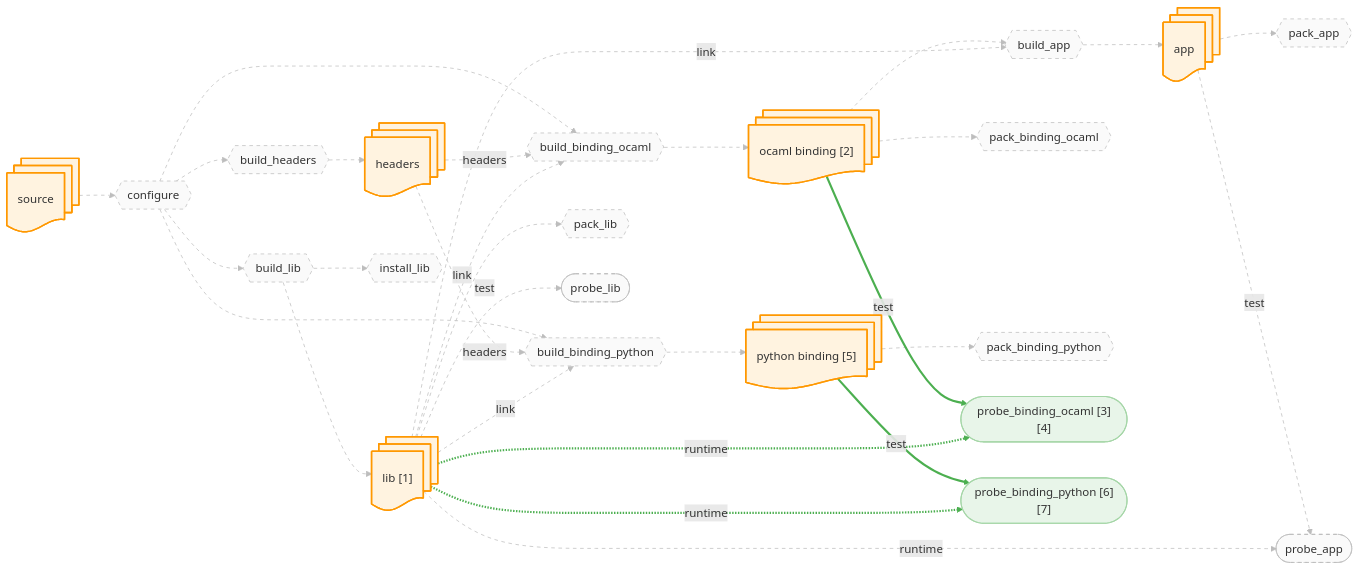
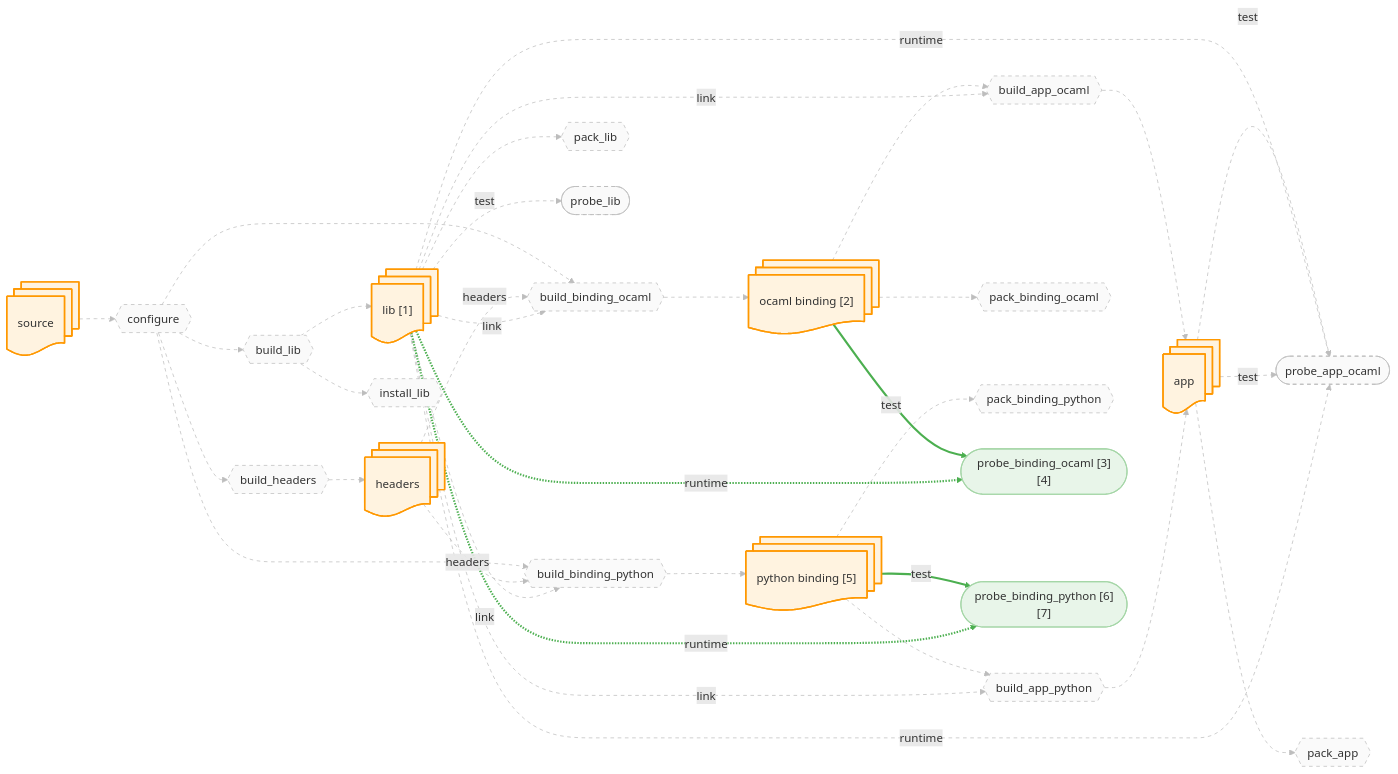
The diagram in docs/canary/projects/sqlite/-run/diagrams/lib.mmd (JHU-PL-Lab/tola), drawn with Mermaid before and after one commit. The commit also changed 888 other files, not shown here.

```diff
--- a/docs/canary/projects/sqlite/-run/diagrams/lib.mmd
+++ b/docs/canary/projects/sqlite/-run/diagrams/lib.mmd
@@ -1,106 +1,120 @@
 %% view: lib
 graph LR
     source_node@{ shape: docs, label: "source" }
     headers_node@{ shape: docs, label: "headers" }
     lib_node@{ shape: docs, label: "lib [1]" }
     app_node@{ shape: docs, label: "app" }
     ocaml_binding_node@{ shape: docs, label: "ocaml binding [2]" }
     python_binding_node@{ shape: docs, label: "python binding [5]" }
 
     A_configure{{"configure"}}
     A_build_headers{{"build_headers"}}
     A_build_lib{{"build_lib"}}
     A_build_binding_ocaml{{"build_binding_ocaml"}}
+    A_build_app_ocaml{{"build_app_ocaml"}}
     A_build_binding_python{{"build_binding_python"}}
-    A_build_app{{"build_app"}}
+    A_build_app_python{{"build_app_python"}}
     A_install_lib{{"install_lib"}}
     A_pack_binding_ocaml{{"pack_binding_ocaml"}}
     A_pack_binding_python{{"pack_binding_python"}}
     A_pack_lib{{"pack_lib"}}
     A_pack_app{{"pack_app"}}
     A_probe_binding_ocaml(["probe_binding_ocaml [3][4]"])
+    A_probe_app_ocaml(["probe_app_ocaml"])
     A_probe_binding_python(["probe_binding_python [6][7]"])
+    A_probe_app_ocaml(["probe_app_ocaml"])
     A_probe_lib(["probe_lib"])
-    A_probe_app(["probe_app"])
 
     source_node --> A_configure
     A_configure --> A_build_headers
     A_build_headers --> headers_node
     A_configure --> A_build_lib
     A_build_lib --> lib_node
     A_configure --> A_build_binding_ocaml
     headers_node -.->|headers| A_build_binding_ocaml
     lib_node -.->|link| A_build_binding_ocaml
     A_build_binding_ocaml --> ocaml_binding_node
+    ocaml_binding_node --> A_build_app_ocaml
+    lib_node -.->|link| A_build_app_ocaml
+    A_build_app_ocaml --> app_node
     A_configure --> A_build_binding_python
     headers_node -.->|headers| A_build_binding_python
     lib_node -.->|link| A_build_binding_python
     A_build_binding_python --> python_binding_node
-    ocaml_binding_node --> A_build_app
-    lib_node -.->|link| A_build_app
-    A_build_app --> app_node
+    python_binding_node --> A_build_app_python
+    lib_node -.->|link| A_build_app_python
+    A_build_app_python --> app_node
     A_build_lib --> A_install_lib
     ocaml_binding_node --> A_pack_binding_ocaml
     python_binding_node --> A_pack_binding_python
     lib_node --> A_pack_lib
     app_node --> A_pack_app
     ocaml_binding_node -->|test| A_probe_binding_ocaml
     lib_node -.->|runtime| A_probe_binding_ocaml
+    app_node -->|test| A_probe_app_ocaml
+    lib_node -.->|runtime| A_probe_app_ocaml
     python_binding_node -->|test| A_probe_binding_python
     lib_node -.->|runtime| A_probe_binding_python
+    app_node -->|test| A_probe_app_ocaml
+    lib_node -.->|runtime| A_probe_app_ocaml
     lib_node -->|test| A_probe_lib
-    app_node -->|test| A_probe_app
-    lib_node -.->|runtime| A_probe_app
 
     classDef artifact fill:#fff3e0,stroke:#ff9800,stroke-width:2px
     classDef action fill:#f3e5f5,stroke:#9c27b0,stroke-width:2px
     classDef st_done fill:#c8e6c9,stroke:#4caf50,stroke-width:3px
     classDef st_done_ctx fill:#e8f5e9,stroke:#a5d6a7,stroke-width:1.5px
     classDef st_expected_fail fill:#fff9c4,stroke:#f9a825,stroke-width:2px
     classDef st_failed fill:#ffcdd2,stroke:#c62828,stroke-width:2px
     classDef st_skipped fill:#f5f5f5,stroke:#9e9e9e,stroke-dasharray:5
     classDef st_nospec fill:#fafafa,stroke:#bdbdbd,stroke-dasharray:5
     class source_node,headers_node,lib_node,app_node,ocaml_binding_node,python_binding_node artifact
     class A_configure st_nospec
     class A_build_headers st_nospec
     class A_build_lib st_nospec
     class A_build_binding_ocaml st_nospec
+    class A_build_app_ocaml st_nospec
     class A_build_binding_python st_nospec
-    class A_build_app st_nospec
+    class A_build_app_python st_nospec
     class A_install_lib st_nospec
     class A_pack_binding_ocaml st_nospec
     class A_pack_binding_python st_nospec
     class A_pack_lib st_nospec
     class A_pack_app st_nospec
     class A_probe_binding_ocaml st_done_ctx
+    class A_probe_app_ocaml st_nospec
     class A_probe_binding_python st_done_ctx
+    class A_probe_app_ocaml st_nospec
     class A_probe_lib st_nospec
-    class A_probe_app st_nospec
     linkStyle 0 stroke:#bdbdbd,stroke-width:1px,stroke-dasharray:5
     linkStyle 1 stroke:#bdbdbd,stroke-width:1px,stroke-dasharray:5
     linkStyle 2 stroke:#bdbdbd,stroke-width:1px,stroke-dasharray:5
     linkStyle 3 stroke:#bdbdbd,stroke-width:1px,stroke-dasharray:5
     linkStyle 4 stroke:#bdbdbd,stroke-width:1px,stroke-dasharray:5
     linkStyle 5 stroke:#bdbdbd,stroke-width:1px,stroke-dasharray:5
     linkStyle 6 stroke:#bdbdbd,stroke-width:1px,stroke-dasharray:5
     linkStyle 7 stroke:#bdbdbd,stroke-width:1px,stroke-dasharray:5
     linkStyle 8 stroke:#bdbdbd,stroke-width:1px,stroke-dasharray:5
     linkStyle 9 stroke:#bdbdbd,stroke-width:1px,stroke-dasharray:5
     linkStyle 10 stroke:#bdbdbd,stroke-width:1px,stroke-dasharray:5
     linkStyle 11 stroke:#bdbdbd,stroke-width:1px,stroke-dasharray:5
     linkStyle 12 stroke:#bdbdbd,stroke-width:1px,stroke-dasharray:5
     linkStyle 13 stroke:#bdbdbd,stroke-width:1px,stroke-dasharray:5
     linkStyle 14 stroke:#bdbdbd,stroke-width:1px,stroke-dasharray:5
     linkStyle 15 stroke:#bdbdbd,stroke-width:1px,stroke-dasharray:5
     linkStyle 16 stroke:#bdbdbd,stroke-width:1px,stroke-dasharray:5
     linkStyle 17 stroke:#bdbdbd,stroke-width:1px,stroke-dasharray:5
     linkStyle 18 stroke:#bdbdbd,stroke-width:1px,stroke-dasharray:5
     linkStyle 19 stroke:#bdbdbd,stroke-width:1px,stroke-dasharray:5
     linkStyle 20 stroke:#bdbdbd,stroke-width:1px,stroke-dasharray:5
-    linkStyle 21 stroke:#4caf50,stroke-width:3px
-    linkStyle 22 stroke:#4caf50,stroke-width:3px
-    linkStyle 23 stroke:#4caf50,stroke-width:3px
+    linkStyle 21 stroke:#bdbdbd,stroke-width:1px,stroke-dasharray:5
+    linkStyle 22 stroke:#bdbdbd,stroke-width:1px,stroke-dasharray:5
+    linkStyle 23 stroke:#bdbdbd,stroke-width:1px,stroke-dasharray:5
     linkStyle 24 stroke:#4caf50,stroke-width:3px
-    linkStyle 25 stroke:#bdbdbd,stroke-width:1px,stroke-dasharray:5
+    linkStyle 25 stroke:#4caf50,stroke-width:3px
     linkStyle 26 stroke:#bdbdbd,stroke-width:1px,stroke-dasharray:5
     linkStyle 27 stroke:#bdbdbd,stroke-width:1px,stroke-dasharray:5
+    linkStyle 28 stroke:#4caf50,stroke-width:3px
+    linkStyle 29 stroke:#4caf50,stroke-width:3px
+    linkStyle 30 stroke:#bdbdbd,stroke-width:1px,stroke-dasharray:5
+    linkStyle 31 stroke:#bdbdbd,stroke-width:1px,stroke-dasharray:5
+    linkStyle 32 stroke:#bdbdbd,stroke-width:1px,stroke-dasharray:5
```
